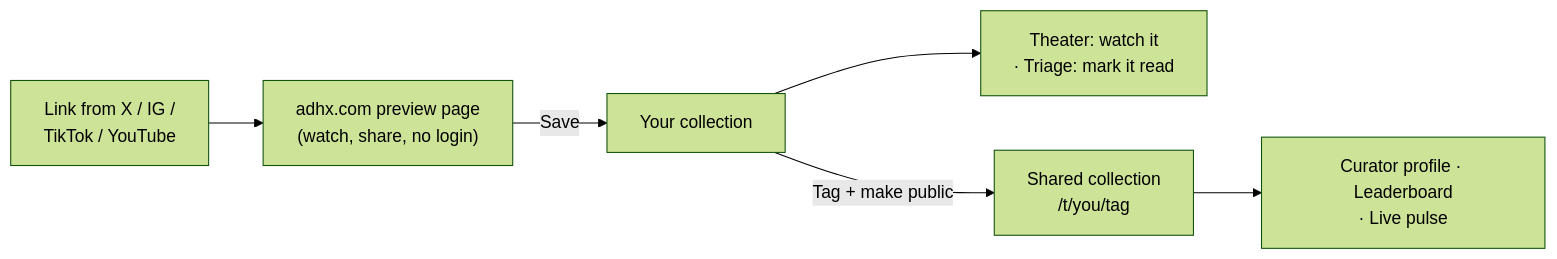
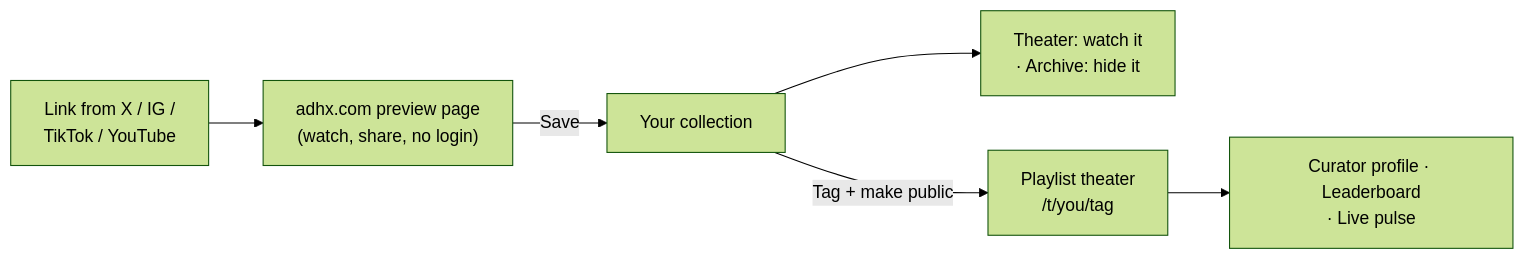
One commit to itsmemeworks/adhx changed the diagram in README.md. Above: the diagram before and after it, drawn with Mermaid (forest theme). The commit also changed other lines of this file and 324 other files, not shown here.

````diff
--- a/README.md
+++ b/README.md
@@ -28,8 +28,8 @@
 ```mermaid
 flowchart LR
     A["Link from X / IG /<br/>TikTok / YouTube"] --> B["adhx.com preview page<br/>(watch, share, no login)"]
     B -->|Save| C["Your collection"]
-    C --> D["Theater: watch it<br/>· Triage: mark it read"]
-    C -->|Tag + make public| E["Shared collection<br/>/t/you/tag"]
+    C --> D["Theater: watch it<br/>· Archive: hide it"]
+    C -->|Tag + make public| E["Playlist theater<br/>/t/you/tag"]
     E --> F["Curator profile · Leaderboard<br/>· Live pulse"]
 ```
````
